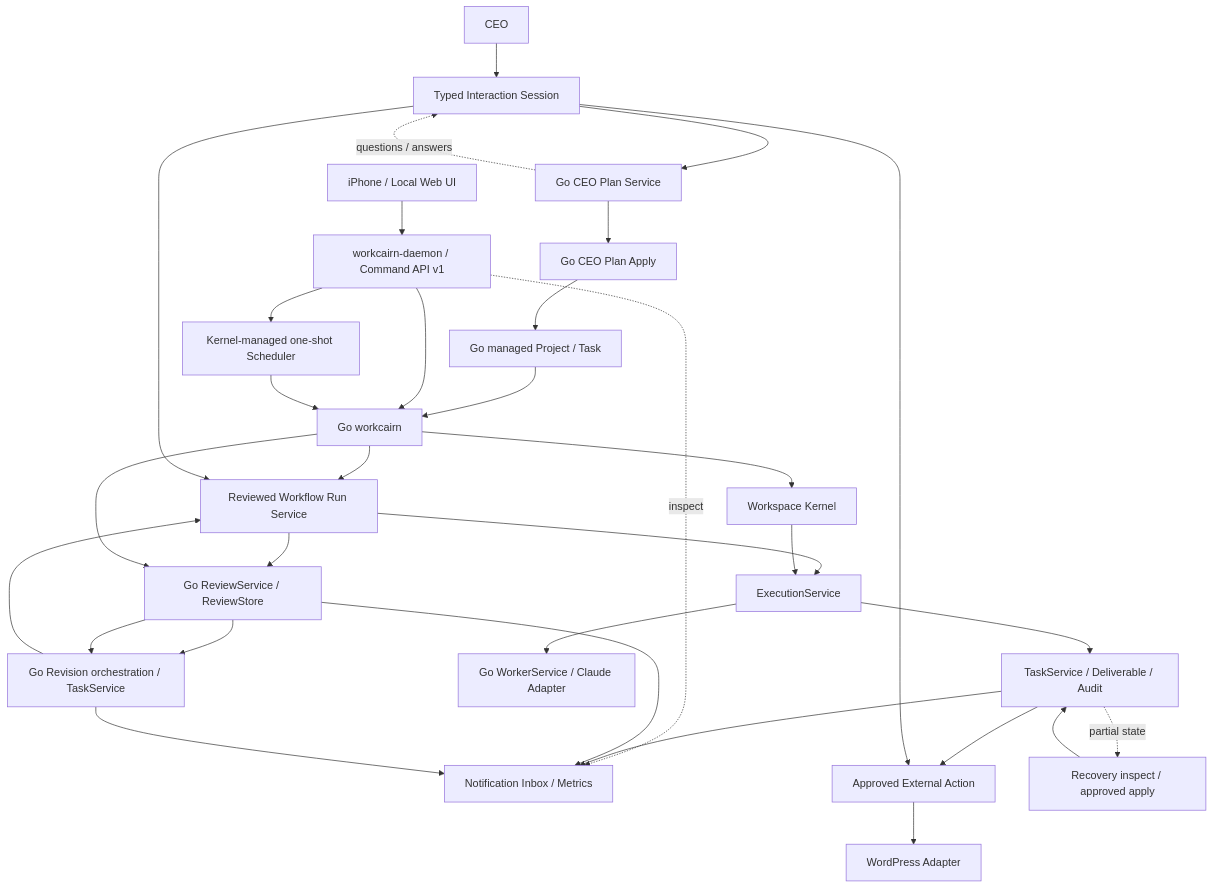
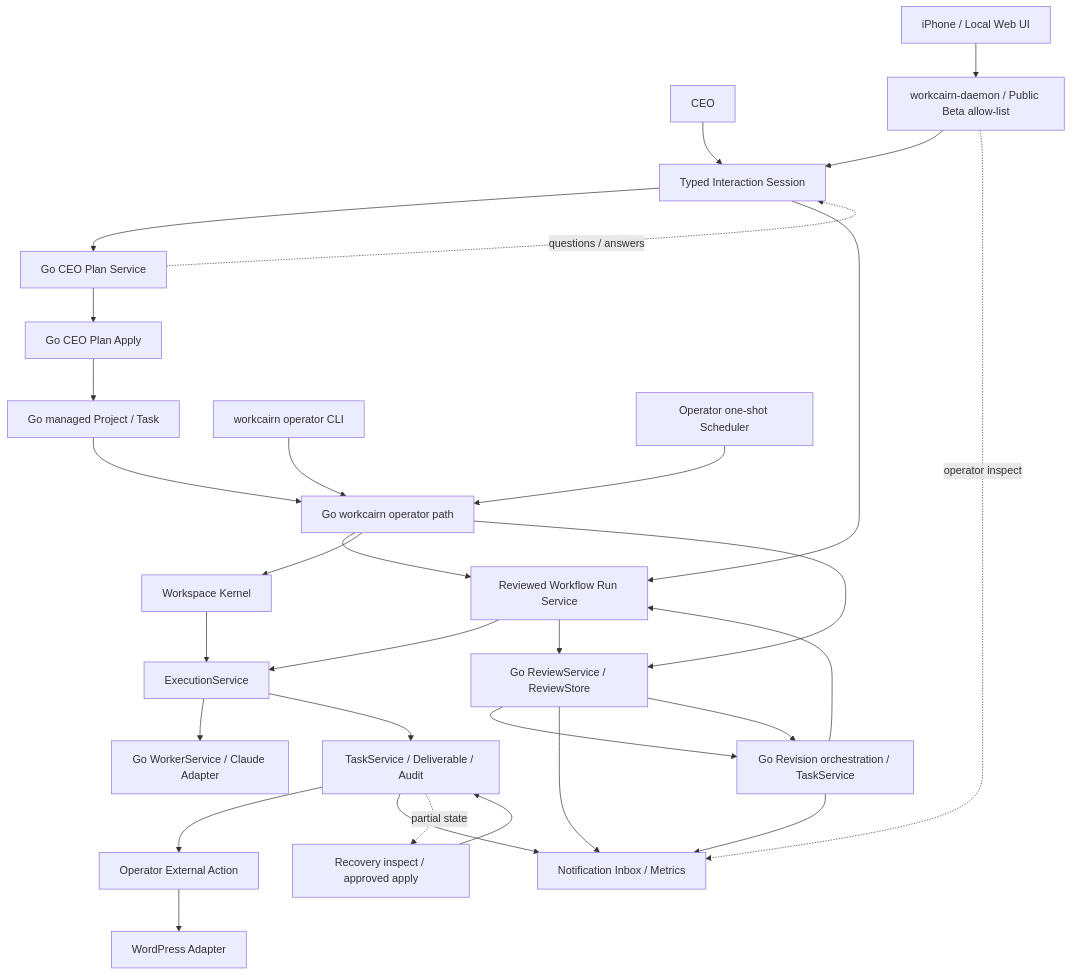
One commit to AkiraShimizu0/WorkCairn changed the diagram in docs/Architecture.md. Above: the diagram before and after it, drawn with Mermaid. The commit also changed other lines of this file and 13 other files, not shown here.

Commit message:
feat: restrict public beta daemon to the reviewed interaction product path

````diff
--- a/docs/Architecture.md
+++ b/docs/Architecture.md
@@ -9,34 +9,33 @@
 ```mermaid
 flowchart TD
     CEO["CEO"] --> Interaction["Typed Interaction Session"]
     Interaction --> Plan["Go CEO Plan Service"]
     Plan -. questions / answers .-> Interaction
     Plan --> Apply["Go CEO Plan Apply"]
     Apply --> Workflow["Go managed Project / Task"]
-    Workflow --> Run["Go workcairn"]
-    API["workcairn-daemon / Command API v1"] --> Run
+    Workflow --> Run["Go workcairn operator path"]
+    API["workcairn-daemon / Public Beta allow-list"] --> Interaction
     Mobile["iPhone / Local Web UI"] --> API
-    API --> Scheduler["Kernel-managed one-shot Scheduler"]
-    Scheduler --> Run
-    API -. inspect .-> Observe["Notification Inbox / Metrics"]
+    CLI["workcairn operator CLI"] --> Run
+    Scheduler["Operator one-shot Scheduler"] --> Run
+    API -. operator inspect .-> Observe["Notification Inbox / Metrics"]
     Run --> WorkflowRun["Reviewed Workflow Run Service"]
     Interaction --> WorkflowRun
     WorkflowRun --> Execution
     WorkflowRun --> Review
     Review --> Revision
     Revision --> WorkflowRun
     Run --> Kernel["Workspace Kernel"]
     Kernel --> Execution["ExecutionService"]
     Execution --> GoWorker["Go WorkerService / Claude Adapter"]
     Execution --> Task["TaskService / Deliverable / Audit"]
-    Task --> Action["Approved External Action"]
-    Interaction --> Action
+    Task --> Action["Operator External Action"]
     Action --> WordPress["WordPress Adapter"]
     Task --> Observe
     Review --> Observe
     Revision --> Observe
     Task -. partial state .-> Recovery["Recovery inspect / approved apply"]
     Recovery --> Task
     Run --> Review["Go ReviewService / ReviewStore"]
     Review --> Revision["Go Revision orchestration / TaskService"]
 ```
````
